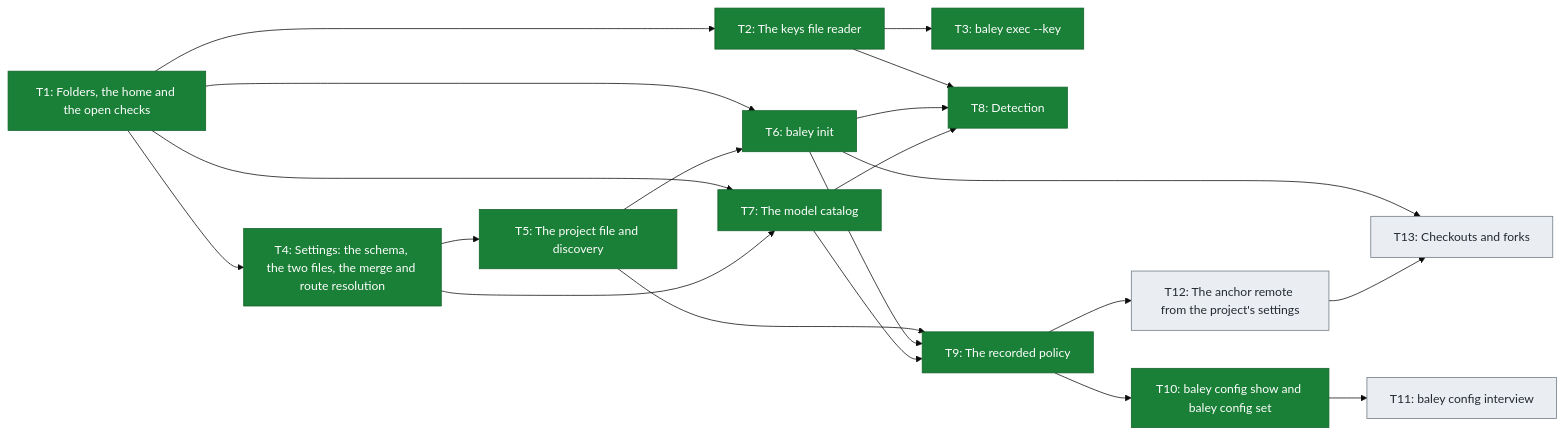
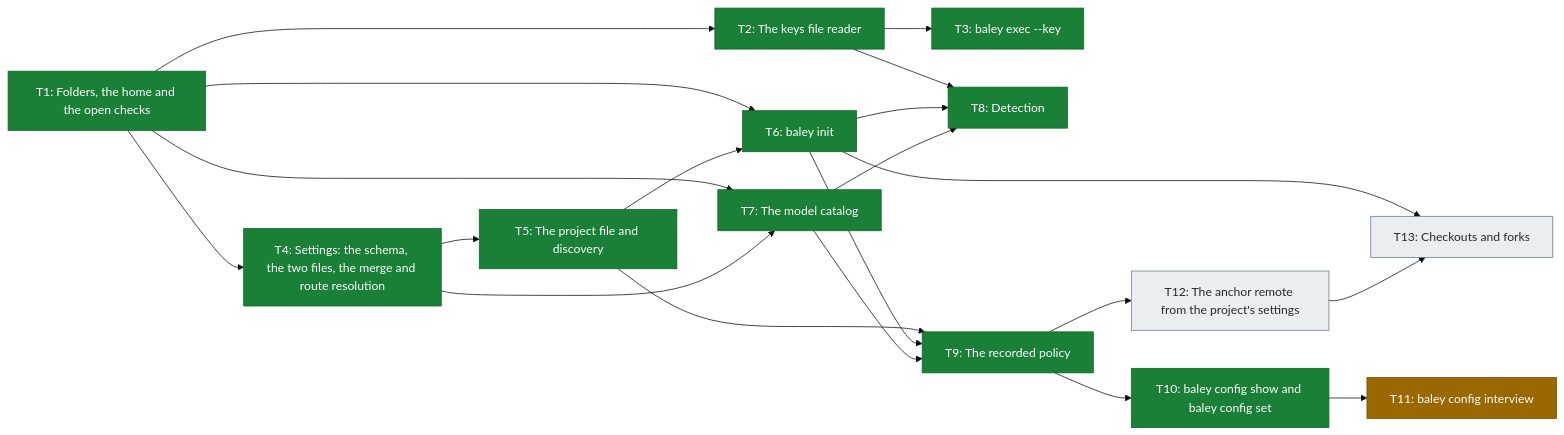
One commit to crenshawdev/baley changed the third of 3 diagrams in docs/roadmap.md. Above: the diagram before and after it, drawn with Mermaid (base theme). The commit also changed other lines of this file, not shown here.

Commit message:
docs(roadmap): show build 2 t11 in progress on the roadmap
T11 is built on this branch but not merged, so its row, Figure 3 and the status line say in progress. The merged row and link follow once the pull request has a number.

````diff
--- a/docs/roadmap.md
+++ b/docs/roadmap.md
@@ -100,41 +100,43 @@
 ```mermaid
 flowchart LR
     T1["T1: Folders, the home and the open checks"]
     T2["T2: The keys file reader"]
     T3["T3: baley exec --key"]
     T4["T4: Settings: the schema, the two files, the merge and route resolution"]
     T5["T5: The project file and discovery"]
     T6["T6: baley init"]
     T7["T7: The model catalog"]
     T8["T8: Detection"]
     T9["T9: The recorded policy"]
     T10["T10: baley config show and baley config set"]
     T11["T11: baley config interview"]
     T12["T12: The anchor remote from the project's settings"]
     T13["T13: Checkouts and forks"]
 
     T1 --> T2
     T1 --> T4
     T1 --> T6
     T1 --> T7
     T2 --> T3
     T2 --> T8
     T4 --> T5
     T4 --> T7
     T5 --> T6
     T5 --> T9
     T6 --> T8
     T6 --> T9
     T6 --> T13
     T7 --> T8
     T7 --> T9
     T9 --> T10
     T9 --> T12
     T10 --> T11
     T12 --> T13
 
     classDef done fill:#1a7f37,stroke:#116329,color:#ffffff
+    classDef progress fill:#9a6700,stroke:#7d4e00,color:#ffffff
     classDef planned fill:#eaeef2,stroke:#6e7781,color:#24292f
     class T1,T2,T3,T4,T5,T6,T7,T8,T9,T10 done
-    class T11,T12,T13 planned
+    class T11 progress
+    class T12,T13 planned
 ```
````
